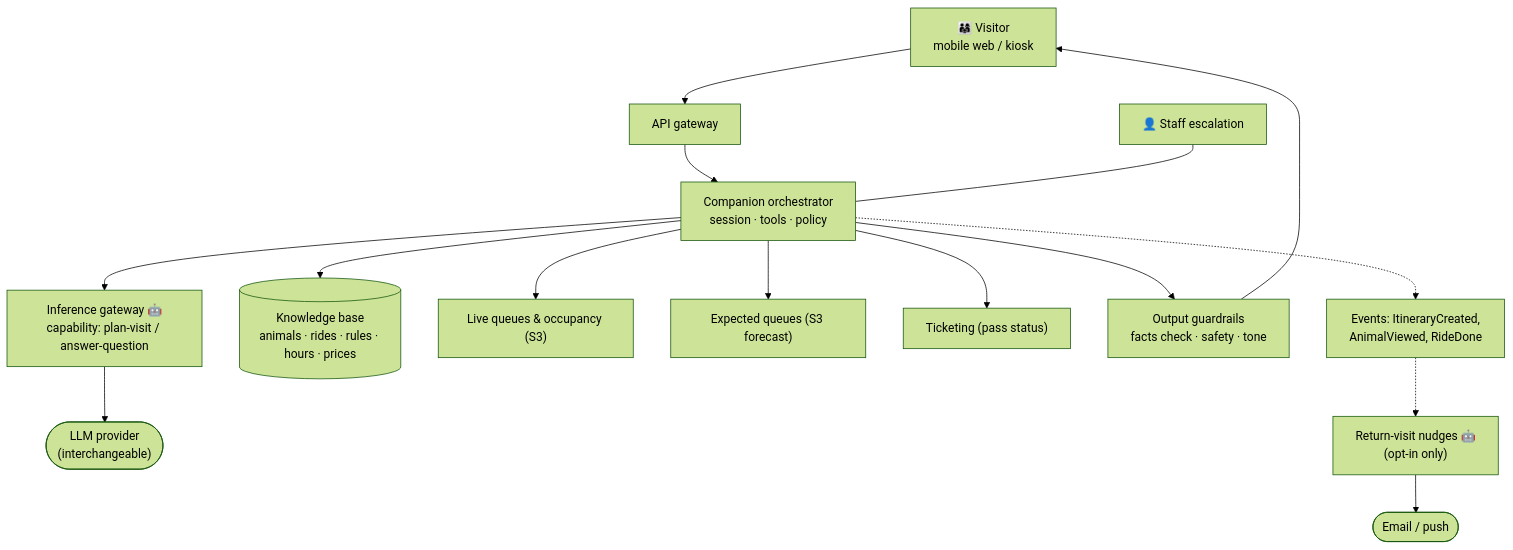
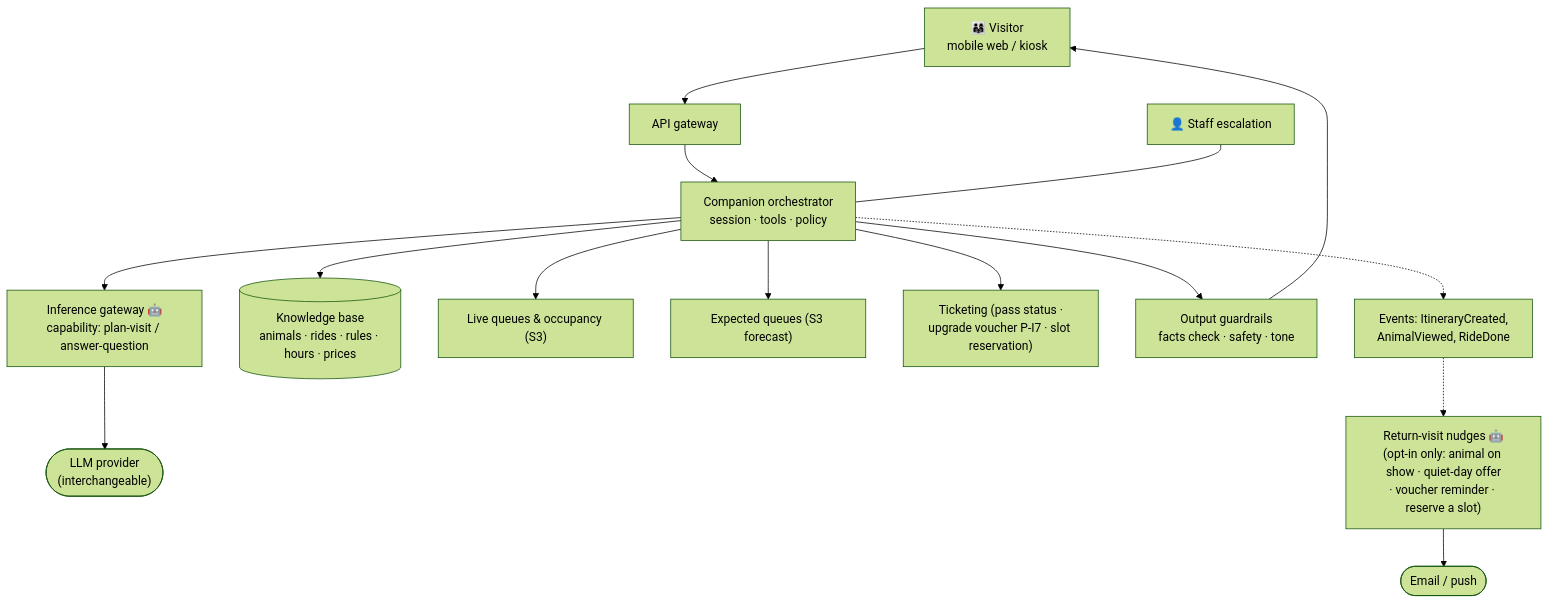
The diagram in hld/scenarios/guest-companion/README.md (kr0k/katas), drawn with Mermaid (forest theme) before and after one commit. The commit also changed other lines of this file and 20 other files, not shown here.

````diff
--- a/hld/scenarios/guest-companion/README.md
+++ b/hld/scenarios/guest-companion/README.md
@@ -21,17 +21,17 @@
 ```mermaid
 flowchart TB
     V["👨‍👩‍👧 Visitor<br/>mobile web / kiosk"] --> BFF["API gateway"]
     BFF --> Orch["Companion orchestrator<br/>session · tools · policy"]
     Orch --> GW["Inference gateway 🤖<br/>capability: plan-visit / answer-question"]
     GW --> LLM(["LLM provider<br/>(interchangeable)"])
     Orch --> KB[("Knowledge base<br/>animals · rides · rules · hours · prices")]
     Orch --> Live["Live queues & occupancy (S3)"]
     Orch --> Fc["Expected queues (S3 forecast)"]
-    Orch --> Tix["Ticketing (pass status)"]
+    Orch --> Tix["Ticketing (pass status ·<br/>upgrade voucher P-I7 · slot reservation)"]
     Orch --> Guard["Output guardrails<br/>facts check · safety · tone"]
     Guard --> V
     Orch -.-> Ev["Events: ItineraryCreated,<br/>AnimalViewed, RideDone"]
-    Ev -.-> Nudge["Return-visit nudges 🤖<br/>(opt-in only)"]
+    Ev -.-> Nudge["Return-visit nudges 🤖<br/>(opt-in only: animal on show · quiet-day offer<br/>· voucher reminder · reserve a slot)"]
     Nudge --> Msg(["Email / push"])
     Esc["👤 Staff escalation"] --- Orch
 ```
````
